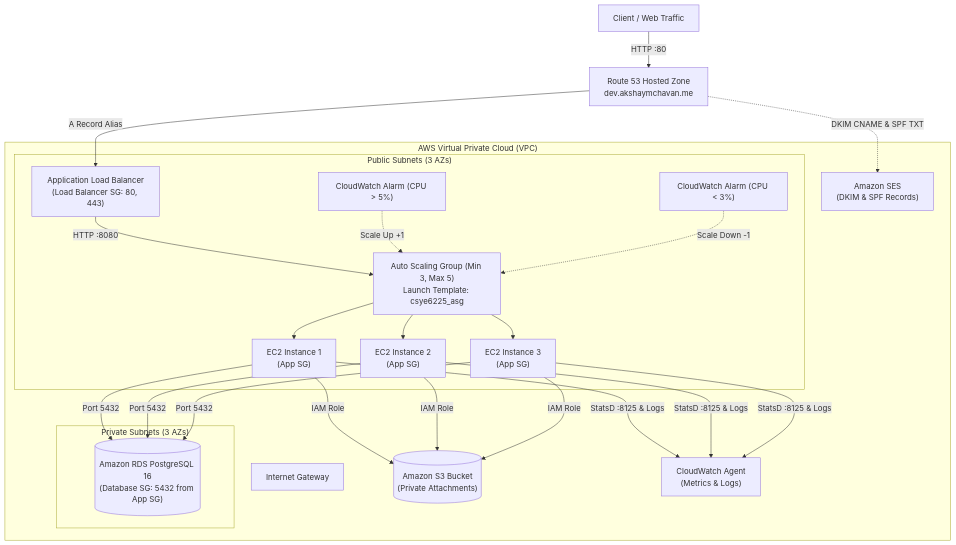
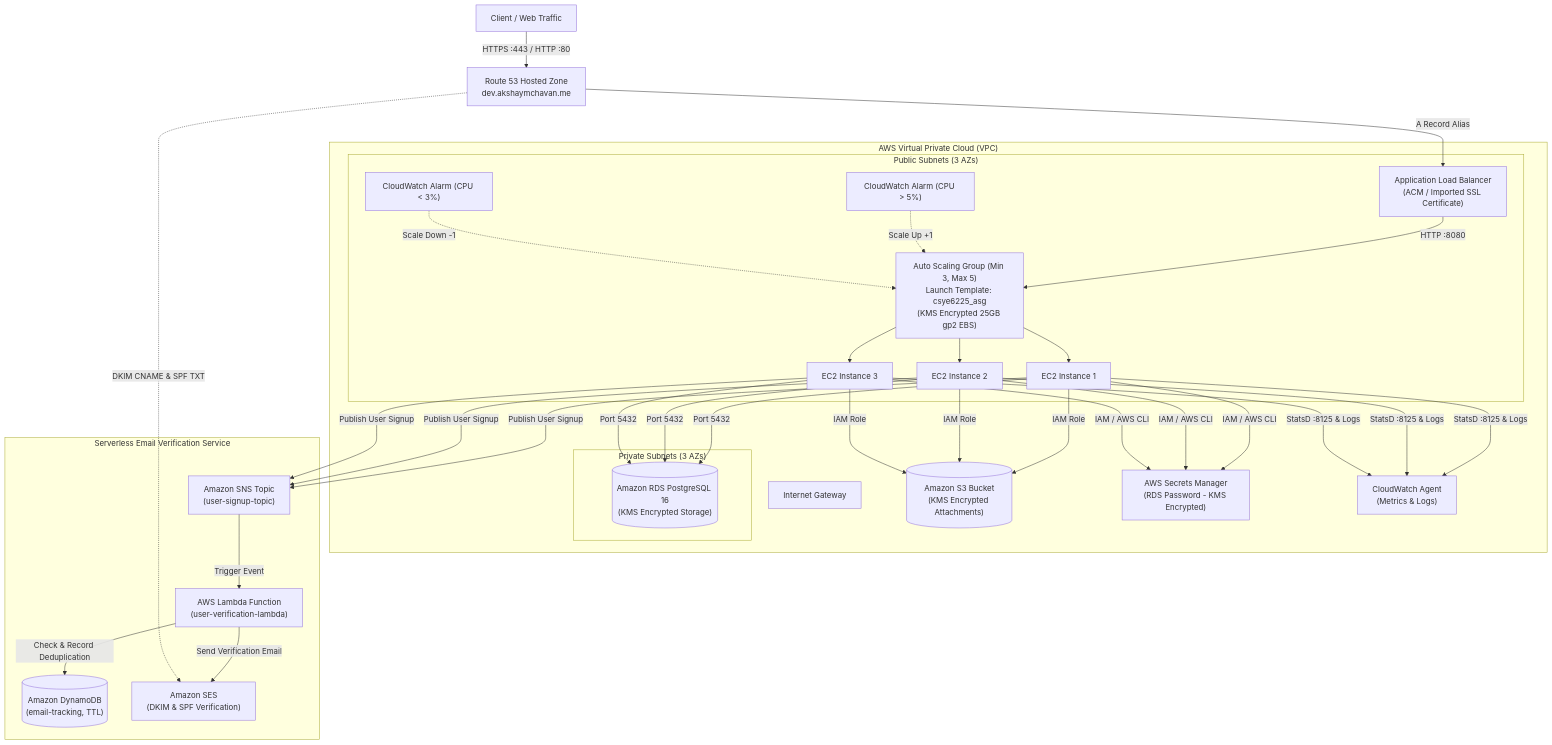
The diagram in tf-aws-infra/README.md (aks2161989/cloud-native-project), drawn with Mermaid before and after one commit. The commit also changed other lines of this file and 25 other files, not shown here.

Commit message:
feat(assignment-09): implement serverless email verification, KMS rotation, Secrets Manager, and CI/CD instance refresh

````diff
--- a/tf-aws-infra/README.md
+++ b/tf-aws-infra/README.md
@@ -9,32 +9,44 @@
 ```mermaid
 graph TD
-    Client["Client / Web Traffic"] -->|HTTP :80| Route53["Route 53 Hosted Zone<br/>dev.akshaymchavan.me"]
-    Route53 -->|A Record Alias| ALB["Application Load Balancer<br/>(Load Balancer SG: 80, 443)"]
+    Client["Client / Web Traffic"] -->|HTTPS :443 / HTTP :80| Route53["Route 53 Hosted Zone<br/>dev.akshaymchavan.me"]
+    Route53 -->|A Record Alias| ALB["Application Load Balancer<br/>(ACM / Imported SSL Certificate)"]
     
     subgraph VPC ["AWS Virtual Private Cloud (VPC)"]
         IGW["Internet Gateway"]
         
         subgraph PublicSubnets ["Public Subnets (3 AZs)"]
-            ALB -->|HTTP :8080| ASG["Auto Scaling Group (Min 3, Max 5)<br/>Launch Template: csye6225_asg"]
-            ASG --> EC2_1["EC2 Instance 1<br/>(App SG)"]
-            ASG --> EC2_2["EC2 Instance 2<br/>(App SG)"]
-            ASG --> EC2_3["EC2 Instance 3<br/>(App SG)"]
+            ALB -->|HTTP :8080| ASG["Auto Scaling Group (Min 3, Max 5)<br/>Launch Template: csye6225_asg<br/>(KMS Encrypted 25GB gp2 EBS)"]
+            ASG --> EC2_1["EC2 Instance 1"]
+            ASG --> EC2_2["EC2 Instance 2"]
+            ASG --> EC2_3["EC2 Instance 3"]
             
             CW_High["CloudWatch Alarm (CPU > 5%)"] -.->|Scale Up +1| ASG
             CW_Low["CloudWatch Alarm (CPU < 3%)"] -.->|Scale Down -1| ASG
         end
 
         subgraph PrivateSubnets ["Private Subnets (3 AZs)"]
-            RDS[("Amazon RDS PostgreSQL 16<br/>(Database SG: 5432 from App SG)")]
+            RDS[("Amazon RDS PostgreSQL 16<br/>(KMS Encrypted Storage)")]
         end
         
-        S3[("Amazon S3 Bucket<br/>(Private Attachments)")]
-        SES["Amazon SES<br/>(DKIM & SPF Records)"]
+        S3[("Amazon S3 Bucket<br/>(KMS Encrypted Attachments)")]
+        SM["AWS Secrets Manager<br/>(RDS Password - KMS Encrypted)"]
         CW_Agent["CloudWatch Agent<br/>(Metrics & Logs)"]
+    end
+
+    subgraph ServerlessVerification ["Serverless Email Verification Service"]
+        SNS["Amazon SNS Topic<br/>(user-signup-topic)"]
+        Lambda["AWS Lambda Function<br/>(user-verification-lambda)"]
+        DDB[("Amazon DynamoDB<br/>(email-tracking, TTL)")]
+        SES["Amazon SES<br/>(DKIM & SPF Verification)"]
     end
 
     EC2_1 & EC2_2 & EC2_3 -->|Port 5432| RDS
     EC2_1 & EC2_2 & EC2_3 -->|IAM Role| S3
+    EC2_1 & EC2_2 & EC2_3 -->|IAM / AWS CLI| SM
+    EC2_1 & EC2_2 & EC2_3 -->|Publish User Signup| SNS
     EC2_1 & EC2_2 & EC2_3 -->|StatsD :8125 & Logs| CW_Agent
+    SNS -->|Trigger Event| Lambda
+    Lambda -->|Check & Record Deduplication| DDB
+    Lambda -->|Send Verification Email| SES
     Route53 -.->|DKIM CNAME & SPF TXT| SES
 ```
````
